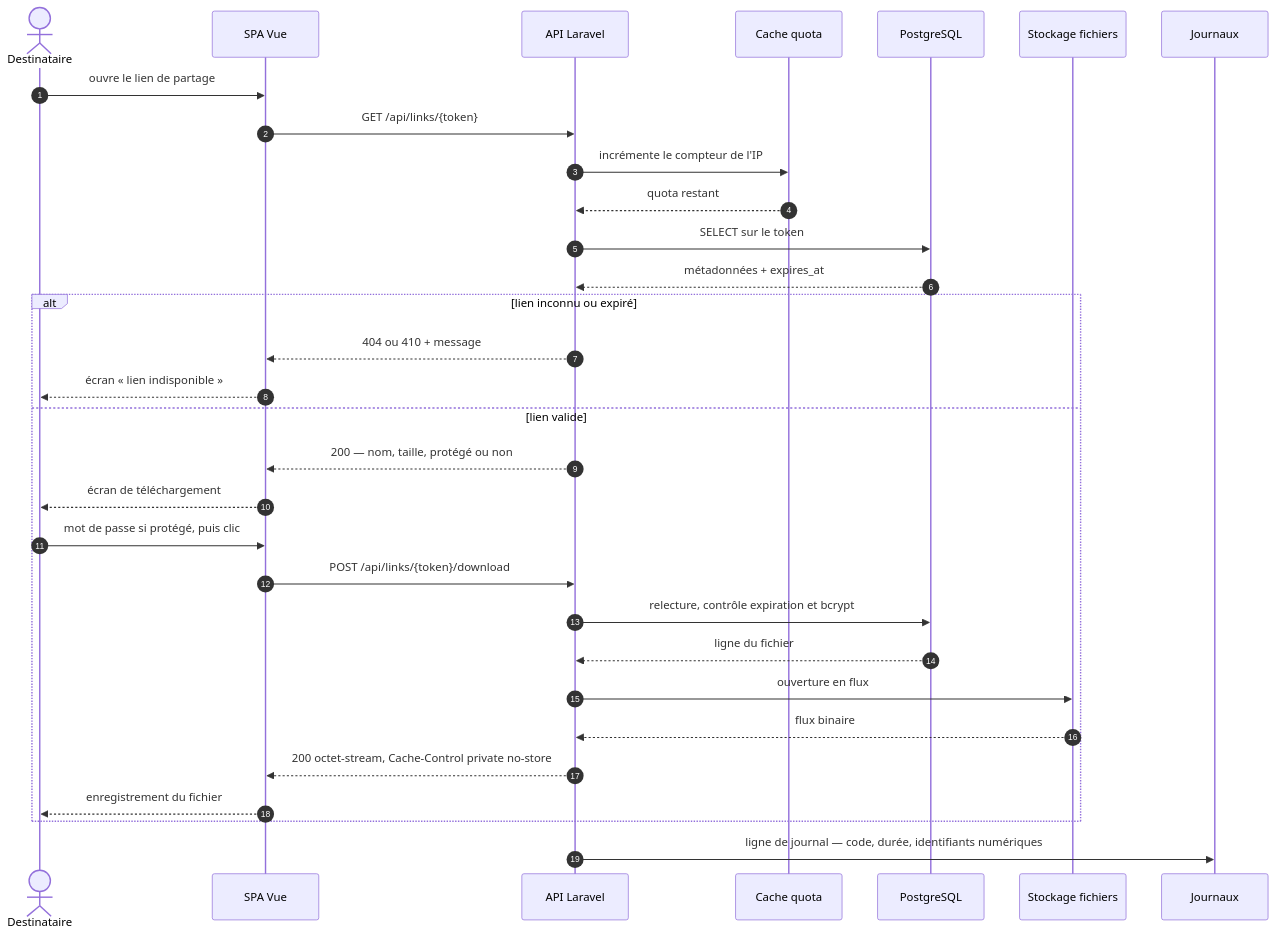
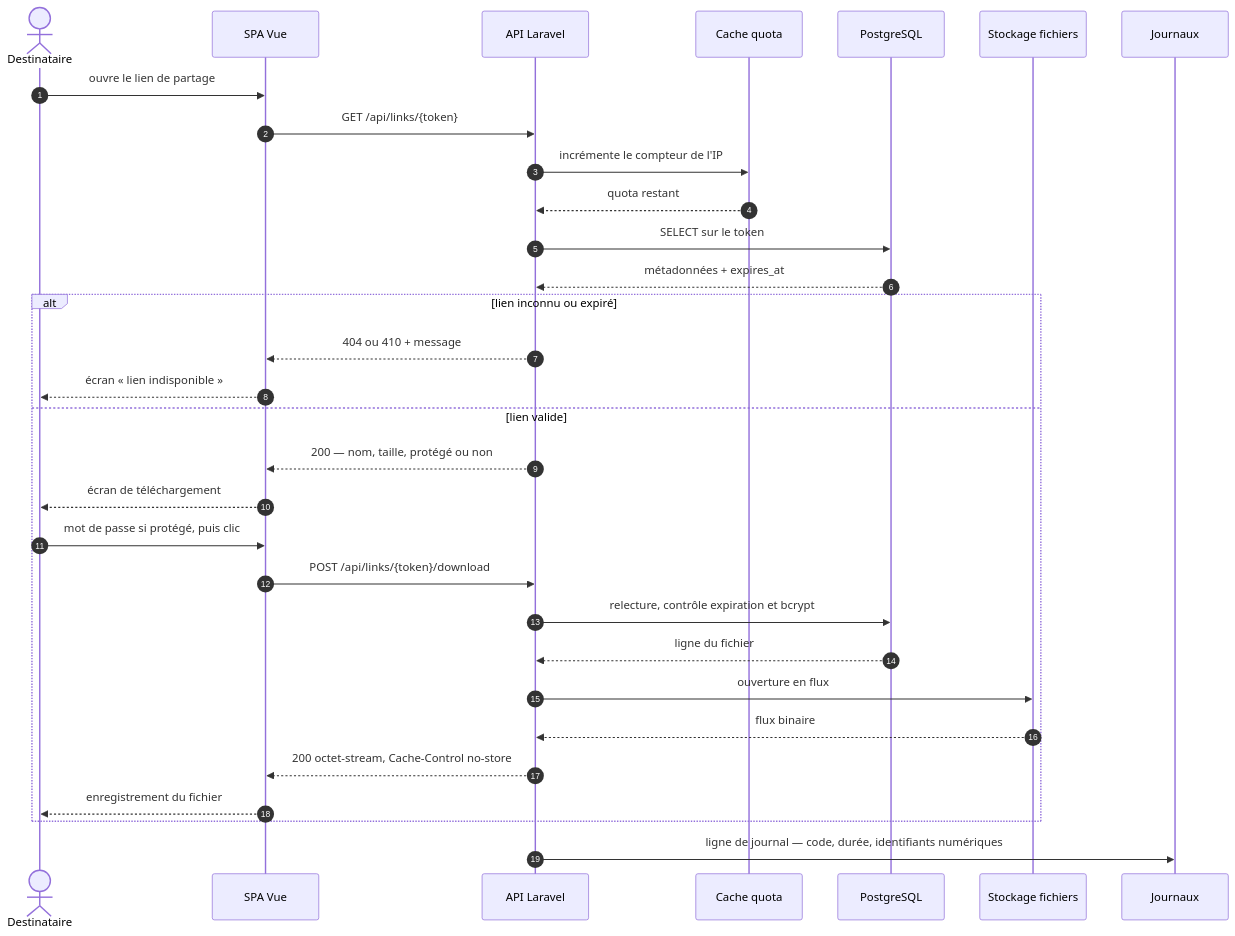
The second of 2 diagrams in docs/architecture.md (DahliaNoir71/OPENCLASSROOMS-DataShare), drawn with Mermaid before and after one commit. The commit also changed other lines of this file and 8 other files, not shown here.

````diff
--- a/docs/architecture.md
+++ b/docs/architecture.md
@@ -113,34 +113,34 @@
 ```mermaid
 sequenceDiagram
     autonumber
     actor D as Destinataire
     participant V as SPA Vue
     participant L as API Laravel
     participant K as Cache quota
     participant P as PostgreSQL
     participant F as Stockage fichiers
     participant G as Journaux
 
     D->>V: ouvre le lien de partage
     V->>L: GET /api/links/{token}
     L->>K: incrémente le compteur de l'IP
     K-->>L: quota restant
     L->>P: SELECT sur le token
     P-->>L: métadonnées + expires_at
     alt lien inconnu ou expiré
         L-->>V: 404 ou 410 + message
         V-->>D: écran « lien indisponible »
     else lien valide
         L-->>V: 200 — nom, taille, protégé ou non
         V-->>D: écran de téléchargement
         D->>V: mot de passe si protégé, puis clic
         V->>L: POST /api/links/{token}/download
         L->>P: relecture, contrôle expiration et bcrypt
         P-->>L: ligne du fichier
         L->>F: ouverture en flux
         F-->>L: flux binaire
-        L-->>V: 200 octet-stream, Cache-Control private no-store
+        L-->>V: 200 octet-stream, Cache-Control no-store
         V-->>D: enregistrement du fichier
     end
     L->>G: ligne de journal — code, durée, identifiants numériques
 ```
````
